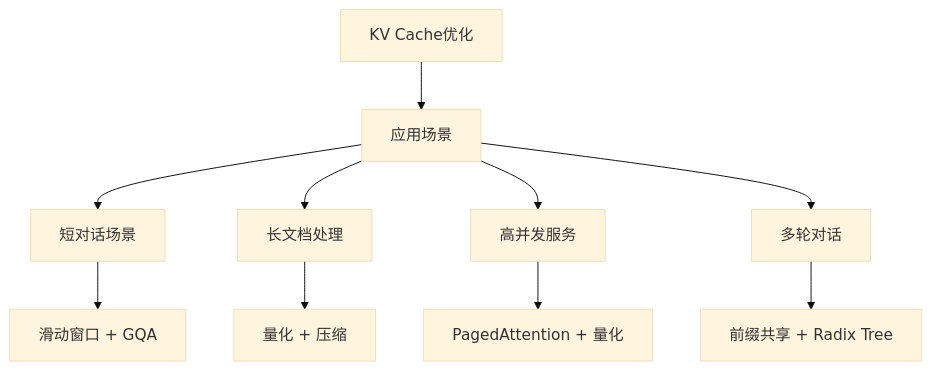
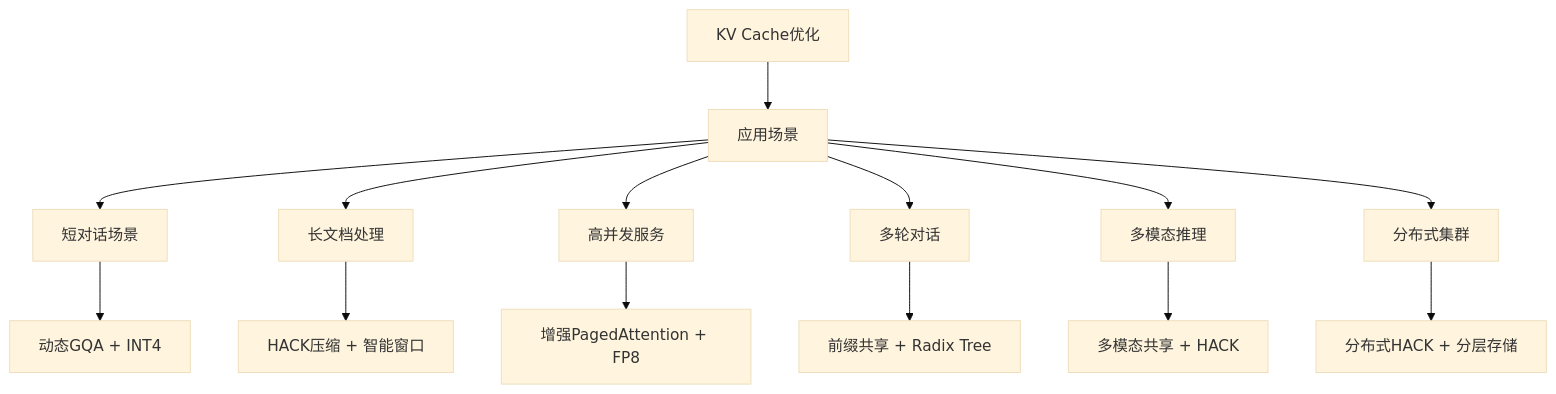
One commit to Xunzhuo/mini-sglang changed diagram 12 of 13 in learning/website/docs/basics/15-kv-cache.md. Above: the diagram before and after it, drawn with Mermaid (base theme). The commit also changed other lines of this file and 9 other files, not shown here.

````diff
--- a/learning/website/docs/basics/15-kv-cache.md
+++ b/learning/website/docs/basics/15-kv-cache.md
@@ -400,14 +539,18 @@
 ```mermaid
 graph TB
     Goal[KV Cache优化] --> Scenarios[应用场景]
     
     Scenarios --> S1[短对话场景]
     Scenarios --> S2[长文档处理]  
     Scenarios --> S3[高并发服务]
     Scenarios --> S4[多轮对话]
+    Scenarios --> S5[多模态推理]
+    Scenarios --> S6[分布式集群]
     
-    S1 --> O1[滑动窗口 + GQA]
-    S2 --> O2[量化 + 压缩]
-    S3 --> O3[PagedAttention + 量化]
+    S1 --> O1[动态GQA + INT4]
+    S2 --> O2[HACK压缩 + 智能窗口]
+    S3 --> O3[增强PagedAttention + FP8]
     S4 --> O4[前缀共享 + Radix Tree]
+    S5 --> O5[多模态共享 + HACK]
+    S6 --> O6[分布式HACK + 分层存储]
 ```
````
